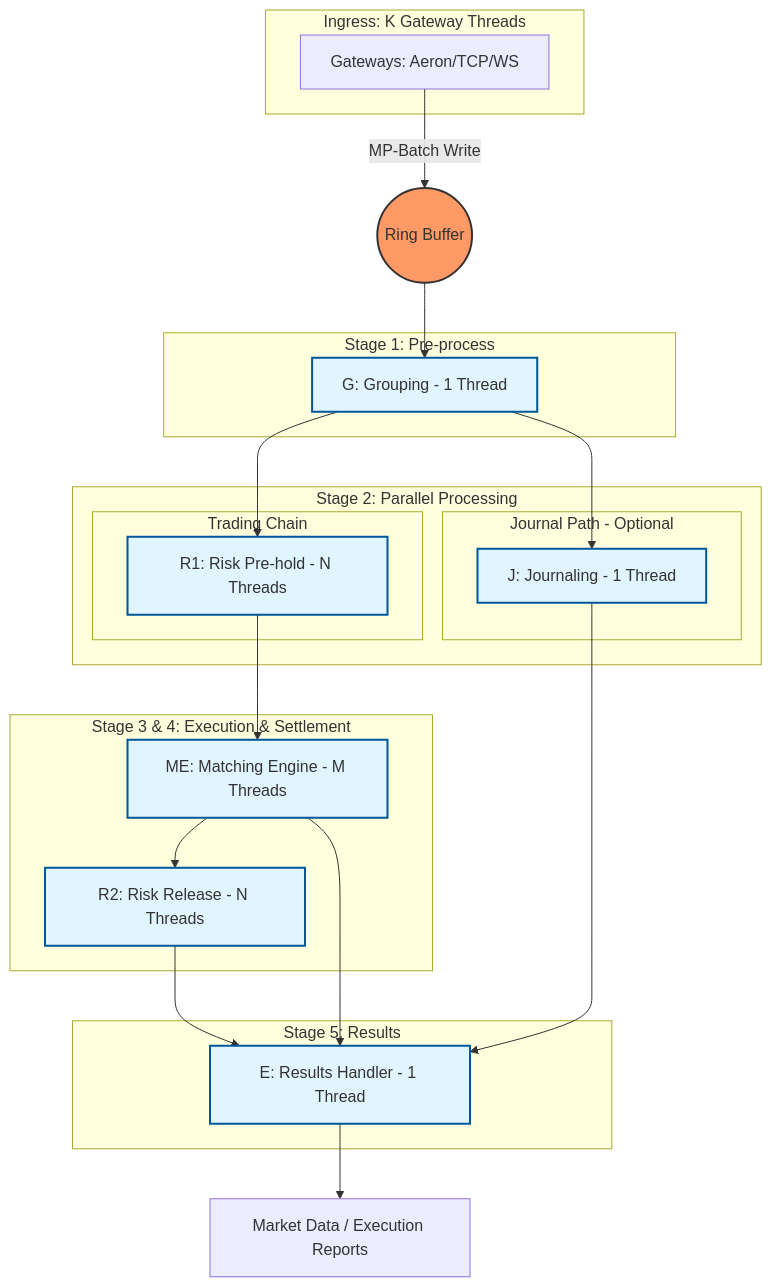
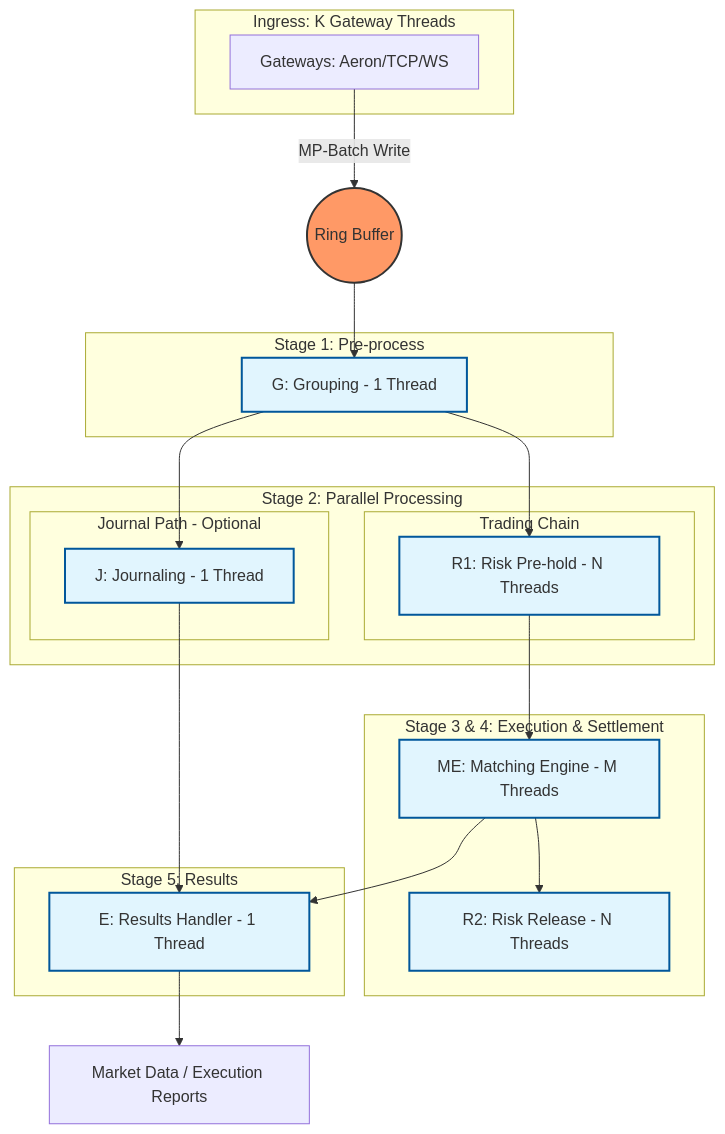
Before and after one commit to SkynetNext/exchange-cpp: the first of 2 diagrams in docs/ARCHITECTURE.md, drawn with Mermaid. The commit also changed other lines of this file and 1 other file, not shown here.

Commit message:
docs: clarify R2/E execution model and add distributed settlement architecture

````diff
--- a/docs/ARCHITECTURE.md
+++ b/docs/ARCHITECTURE.md
@@ -19,55 +19,56 @@
 ```mermaid
 graph TD
     %% Ingress
     subgraph Ingress [Ingress: K Gateway Threads]
         GW[Gateways: Aeron/TCP/WS]
     end
 
     GW -- "MP-Batch Write" --> RB((Ring Buffer))
 
     %% Pipeline Stage 1 - Centered
     subgraph Stage1 [Stage 1: Pre-process]
         G[G: Grouping - 1 Thread]
     end
 
     %% Pipeline Stage 2 - Parallel paths
     subgraph Stage2 [Stage 2: Parallel Processing]
         subgraph JournalPath [Journal Path - Optional]
             J[J: Journaling - 1 Thread]
         end
         
         subgraph TradingChain [Trading Chain]
             R1[R1: Risk Pre-hold - N Threads]
         end
     end
 
     %% Pipeline Stage 3 & 4
     subgraph Stage3_4 [Stage 3 & 4: Execution & Settlement]
         ME[ME: Matching Engine - M Threads]
         R2[R2: Risk Release - N Threads]
     end
 
     %% Pipeline Stage 5
     subgraph Stage5 [Stage 5: Results]
         E[E: Results Handler - 1 Thread]
     end
 
     %% Output - Centered
     Out[Market Data / Execution Reports]
 
     %% Connections
     RB --> G
     G --> R1
     G --> J
     R1 --> ME
     ME --> R2
     ME --> E
     J --> E
-    R2 --> E
+    %% Note: R2 and E both depend on ME and process in parallel
+    %% R1 synchronously calls R2.handlingCycle, but E does not wait for R2
     E --> Out
 
     %% Styling
     style RB fill:#f96,stroke:#333,stroke-width:2px
     classDef logic fill:#e1f5fe,stroke:#01579b,stroke-width:2px;
     class G,J,R1,ME,R2,E logic;
 ```
````
